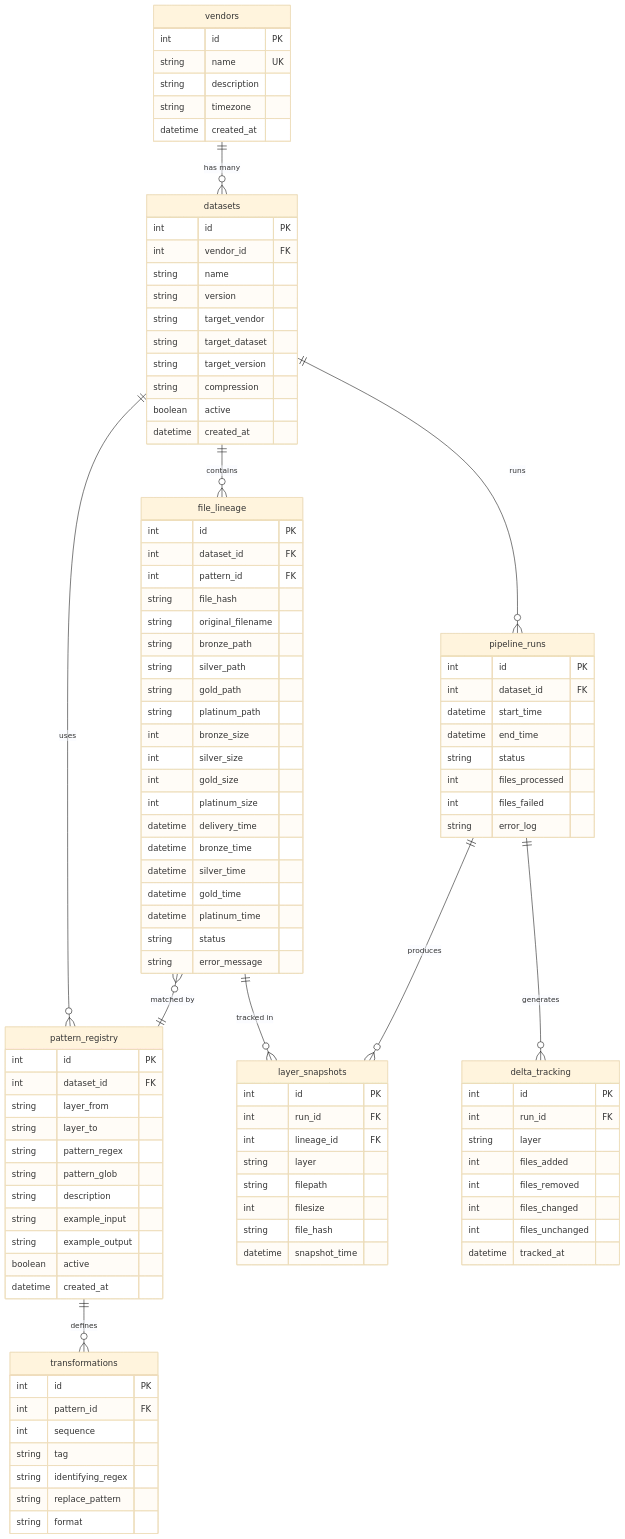
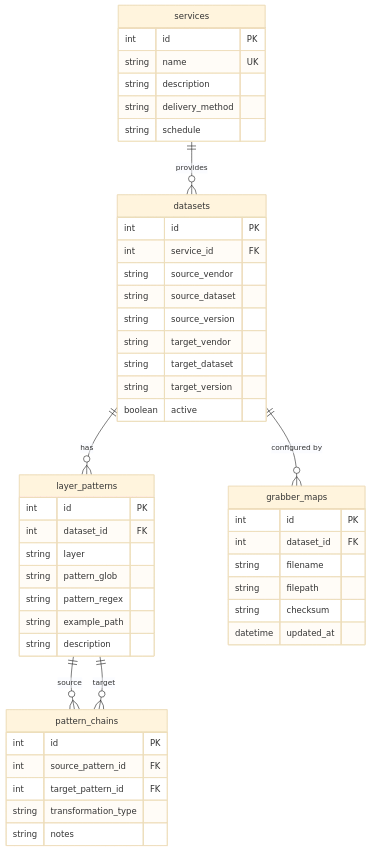
One commit to ThanuMahee12/AgentContext changed the second of 5 diagrams in docs/ideas/investigation-db.md. Above: the diagram before and after it, drawn with Mermaid (base theme). The commit also changed other lines of this file, not shown here.

Commit message:
docs: redesign Investigation DB as pattern-centric reverse lookup

````diff
--- a/docs/ideas/investigation-db.md
+++ b/docs/ideas/investigation-db.md
@@ -20,113 +52,55 @@
 ```mermaid
 erDiagram
-    vendors ||--o{ datasets : "has many"
-    datasets ||--o{ file_lineage : "contains"
-    datasets ||--o{ pattern_registry : "uses"
-    datasets ||--o{ pipeline_runs : "runs"
-    file_lineage }o--|| pattern_registry : "matched by"
-    file_lineage ||--o{ layer_snapshots : "tracked in"
-    pipeline_runs ||--o{ layer_snapshots : "produces"
-    pipeline_runs ||--o{ delta_tracking : "generates"
-    pattern_registry ||--o{ transformations : "defines"
+    services ||--o{ datasets : "provides"
+    datasets ||--o{ layer_patterns : "has"
+    datasets ||--o{ grabber_maps : "configured by"
+    layer_patterns ||--o{ pattern_chains : "source"
+    layer_patterns ||--o{ pattern_chains : "target"
 
-    vendors {
+    services {
         int id PK
         string name UK
         string description
-        string timezone
-        datetime created_at
+        string delivery_method
+        string schedule
     }
 
     datasets {
         int id PK
-        int vendor_id FK
-        string name
-        string version
+        int service_id FK
+        string source_vendor
+        string source_dataset
+        string source_version
         string target_vendor
         string target_dataset
         string target_version
-        string compression
         boolean active
-        datetime created_at
     }
 
-    file_lineage {
+    grabber_maps {
         int id PK
         int dataset_id FK
-        int pattern_id FK
-        string file_hash
-        string original_filename
-        string bronze_path
-        string silver_path
-        string gold_path
-        string platinum_path
-        int bronze_size
-        int silver_size
-        int gold_size
-        int platinum_size
-        datetime delivery_time
-        datetime bronze_time
-        datetime silver_time
-        datetime gold_time
-        datetime platinum_time
-        string status
-        string error_message
+        string filename
+        string filepath
+        string checksum
+        datetime updated_at
     }
 
-    pattern_registry {
+    layer_patterns {
         int id PK
         int dataset_id FK
-        string layer_from
-        string layer_to
+        string layer
+        string pattern_glob
         string pattern_regex
-        string pattern_glob
+        string example_path
         string description
-        string example_input
-        string example_output
-        boolean active
-        datetime created_at
     }
 
-    transformations {
+    pattern_chains {
         int id PK
-        int pattern_id FK
-        int sequence
-        string tag
-        string identifying_regex
-        string replace_pattern
-        string format
-    }
-
-    pipeline_runs {
-        int id PK
-        int dataset_id FK
-        datetime start_time
-        datetime end_time
-        string status
-        int files_processed
-        int files_failed
-        string error_log
-    }
-
-    layer_snapshots {
-        int id PK
-        int run_id FK
-        int lineage_id FK
-        string layer
-        string filepath
-        int filesize
-        string file_hash
-        datetime snapshot_time
-    }
-
-    delta_tracking {
-        int id PK
-        int run_id FK
-        string layer
-        int files_added
-        int files_removed
-        int files_changed
-        int files_unchanged
-        datetime tracked_at
+        int source_pattern_id FK
+        int target_pattern_id FK
+        string transformation_type
+        string notes
     }
 ```
````
